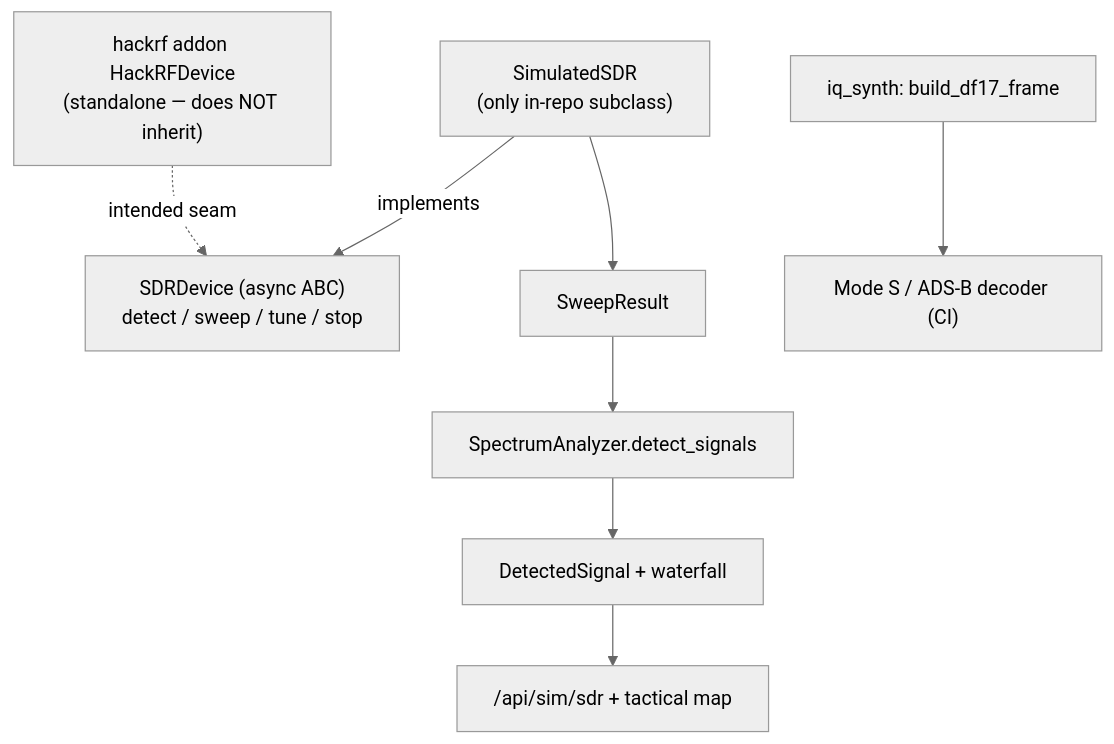
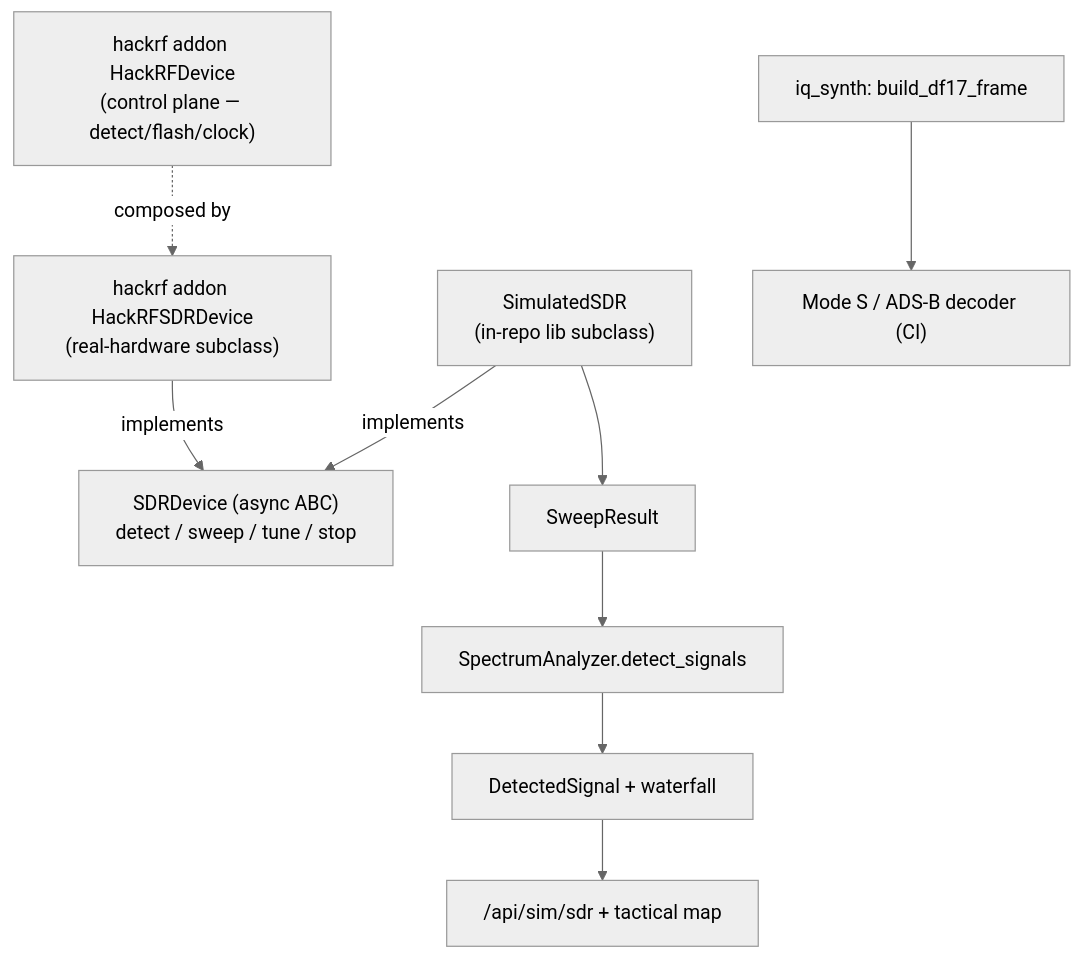
The diagram in src/tritium_lib/sdr/README.md (Valpatel/tritium-lib), drawn with Mermaid (neutral theme) before and after one commit. The commit also changed other lines of this file and 4 other files, not shown here.

````diff
--- a/src/tritium_lib/sdr/README.md
+++ b/src/tritium_lib/sdr/README.md
@@ -107,11 +108,12 @@
 ```mermaid
 flowchart TD
     ABC["SDRDevice (async ABC)<br/>detect / sweep / tune / stop"]
-    SIM["SimulatedSDR<br/>(only in-repo subclass)"] -->|implements| ABC
-    HACK["hackrf addon HackRFDevice<br/>(standalone — does NOT inherit)"] -.->|intended seam| ABC
+    SIM["SimulatedSDR<br/>(in-repo lib subclass)"] -->|implements| ABC
+    HACKSDR["hackrf addon HackRFSDRDevice<br/>(real-hardware subclass)"] -->|implements| ABC
+    HACK["hackrf addon HackRFDevice<br/>(control plane — detect/flash/clock)"] -.->|composed by| HACKSDR
     SIM --> SW["SweepResult"]
     SW --> AN["SpectrumAnalyzer.detect_signals"]
     AN --> DET["DetectedSignal + waterfall"]
     DET --> API["/api/sim/sdr + tactical map"]
     IQ["iq_synth: build_df17_frame"] --> ADSB["Mode S / ADS-B decoder (CI)"]
 ```
````
